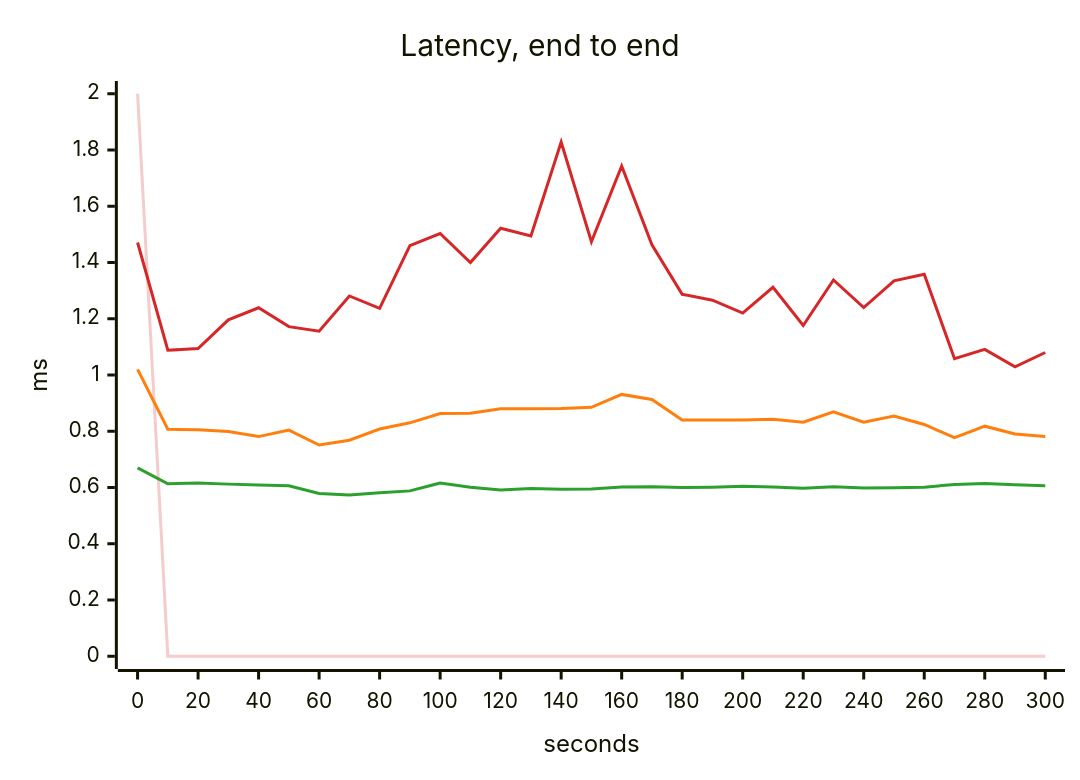
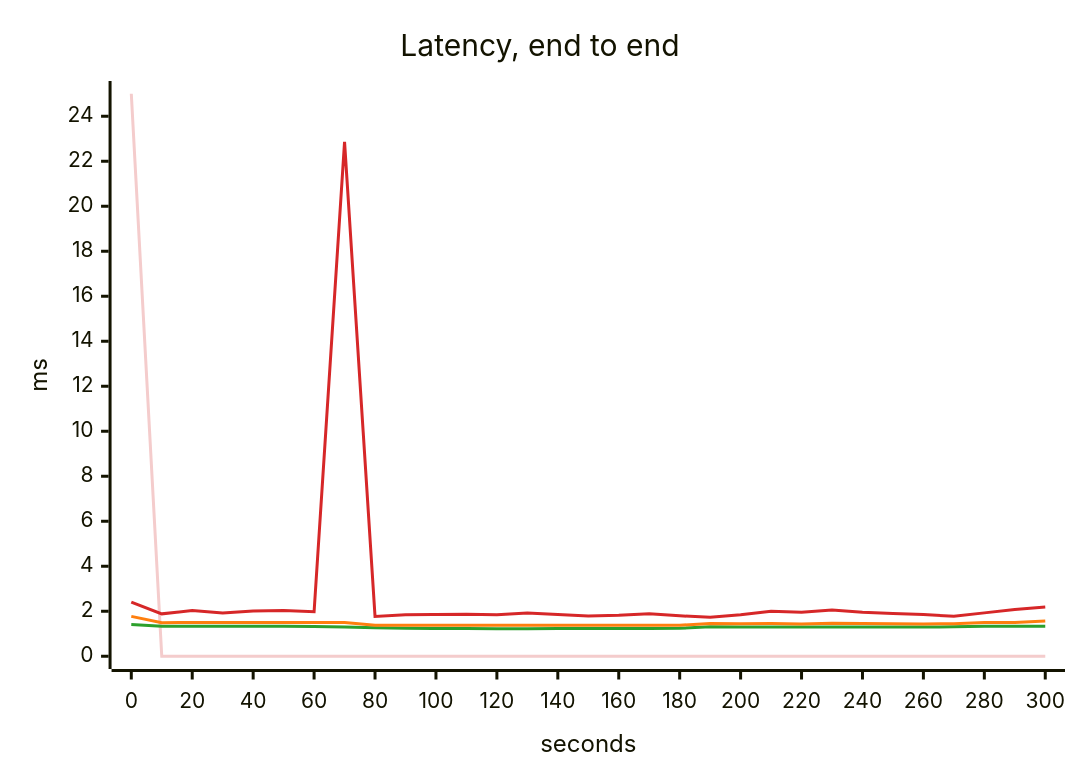
Before and after one commit to akinfemi/load-lore: the third of 5 diagrams in scenarios/flash-sale/solutions/queue-the-orders/report.md, drawn with Mermaid. The commit also changed other lines of this file and 71 other files, not shown here.

````diff
--- a/scenarios/flash-sale/solutions/queue-the-orders/report.md
+++ b/scenarios/flash-sale/solutions/queue-the-orders/report.md
@@ -61,17 +61,17 @@
 ```mermaid
 ---
 config:
   themeVariables:
     xyChart:
       backgroundColor: "transparent"
       plotColorPalette: "#f4cccc, #2ca02c, #ff7f0e, #d62728"
 ---
 xychart-beta
     title "Latency, end to end"
     x-axis "seconds" 0 --> 300
-    y-axis "ms" 0 --> 2
-    line [2, 0, 0, 0, 0, 0, 0, 0, 0, 0, 0, 0, 0, 0, 0, 0, 0, 0, 0, 0, 0, 0, 0, 0, 0, 0, 0, 0, 0, 0, 0]
-    line [0.67, 0.613, 0.616, 0.612, 0.609, 0.606, 0.579, 0.573, 0.581, 0.588, 0.616, 0.601, 0.591, 0.596, 0.594, 0.595, 0.602, 0.603, 0.6, 0.601, 0.604, 0.602, 0.597, 0.603, 0.598, 0.599, 0.601, 0.611, 0.614, 0.61, 0.606]
-    line [1.02, 0.807, 0.805, 0.799, 0.781, 0.804, 0.751, 0.768, 0.808, 0.83, 0.863, 0.864, 0.88, 0.88, 0.881, 0.885, 0.931, 0.913, 0.84, 0.84, 0.84, 0.843, 0.832, 0.869, 0.832, 0.854, 0.824, 0.777, 0.818, 0.79, 0.781]
-    line [1.471, 1.088, 1.094, 1.196, 1.239, 1.172, 1.156, 1.281, 1.237, 1.46, 1.503, 1.4, 1.522, 1.494, 1.828, 1.474, 1.743, 1.463, 1.287, 1.266, 1.22, 1.312, 1.176, 1.338, 1.24, 1.335, 1.358, 1.058, 1.091, 1.029, 1.08]
+    y-axis "ms" 0 --> 25
+    line [25, 0, 0, 0, 0, 0, 0, 0, 0, 0, 0, 0, 0, 0, 0, 0, 0, 0, 0, 0, 0, 0, 0, 0, 0, 0, 0, 0, 0, 0, 0]
+    line [1.406, 1.331, 1.337, 1.333, 1.333, 1.334, 1.326, 1.303, 1.262, 1.244, 1.236, 1.23, 1.225, 1.225, 1.229, 1.229, 1.228, 1.229, 1.242, 1.306, 1.303, 1.303, 1.304, 1.305, 1.304, 1.305, 1.303, 1.306, 1.334, 1.332, 1.334]
+    line [1.771, 1.491, 1.505, 1.496, 1.495, 1.502, 1.503, 1.504, 1.381, 1.38, 1.379, 1.38, 1.377, 1.378, 1.378, 1.376, 1.378, 1.38, 1.378, 1.455, 1.446, 1.454, 1.438, 1.464, 1.451, 1.444, 1.433, 1.446, 1.503, 1.502, 1.572]
+    line [2.41, 1.884, 2.029, 1.917, 2.008, 2.029, 1.975, 22.865, 1.772, 1.845, 1.86, 1.87, 1.843, 1.917, 1.859, 1.785, 1.819, 1.89, 1.799, 1.731, 1.845, 1.997, 1.953, 2.059, 1.953, 1.899, 1.856, 1.776, 1.928, 2.078, 2.188]
 ```
````
